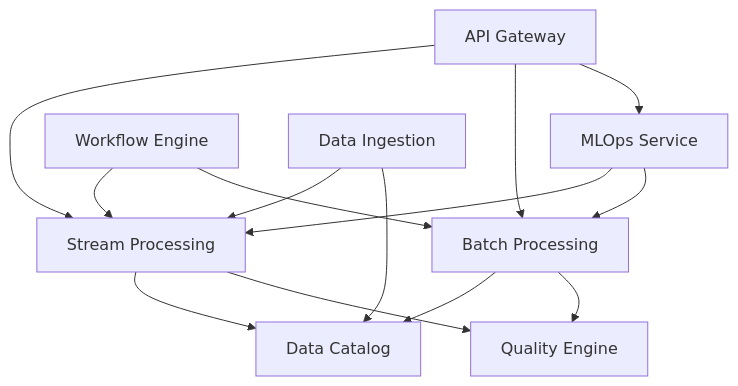
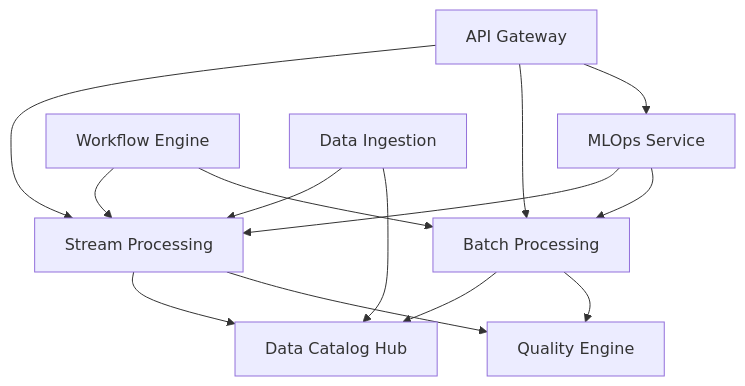
Before and after one commit to QAGIw3/PlatformQ: the diagram in services/DataIntelligenceSuite/README.md, drawn with Mermaid. The commit also changed other lines of this file and 131 other files, not shown here.

````diff
--- a/services/DataIntelligenceSuite/README.md
+++ b/services/DataIntelligenceSuite/README.md
@@ -192,21 +194,21 @@
 ```mermaid
 graph TD
     API[API Gateway] --> Stream[Stream Processing]
     API --> Batch[Batch Processing]
     API --> MLOps[MLOps Service]
     
-    Stream --> Catalog[Data Catalog]
+    Stream --> Catalog[Data Catalog Hub]
     Batch --> Catalog
     
     Stream --> Quality[Quality Engine]
     Batch --> Quality
     
     MLOps --> Stream
     MLOps --> Batch
     
     Workflow[Workflow Engine] --> Stream
     Workflow --> Batch
     
     Ingestion[Data Ingestion] --> Stream
     Ingestion --> Catalog
 ```
````
